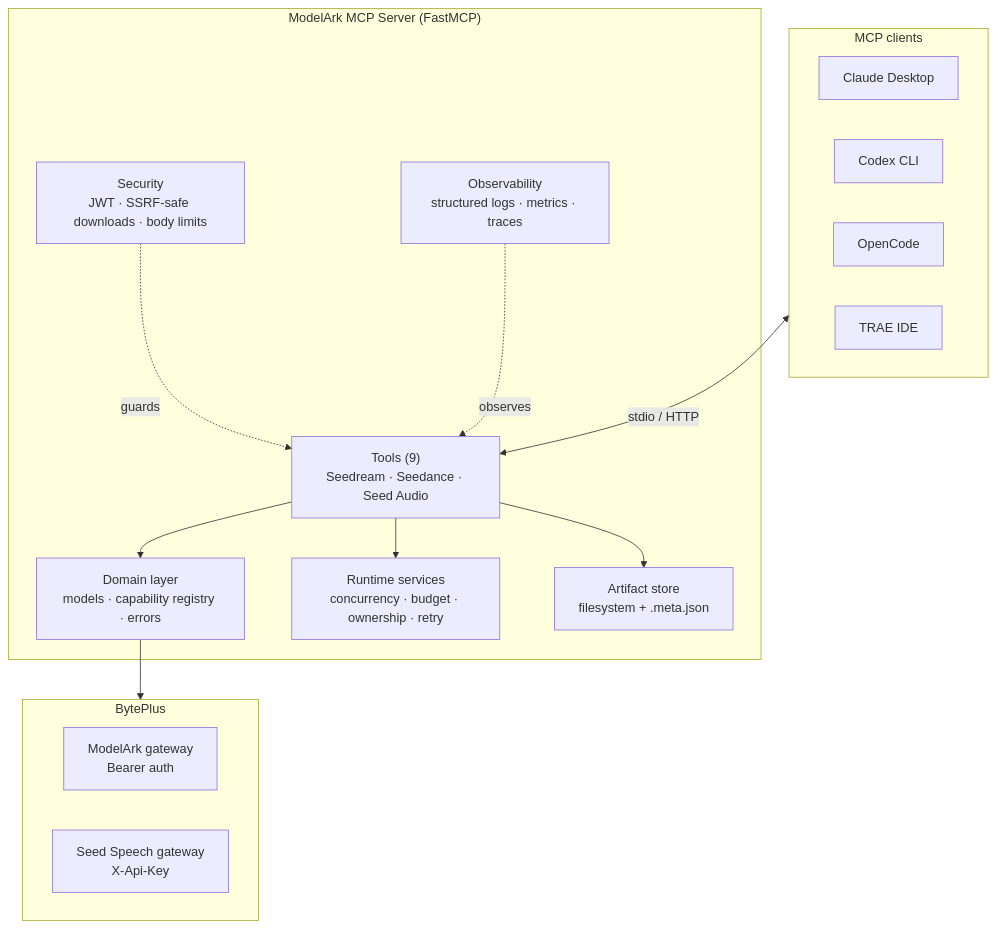
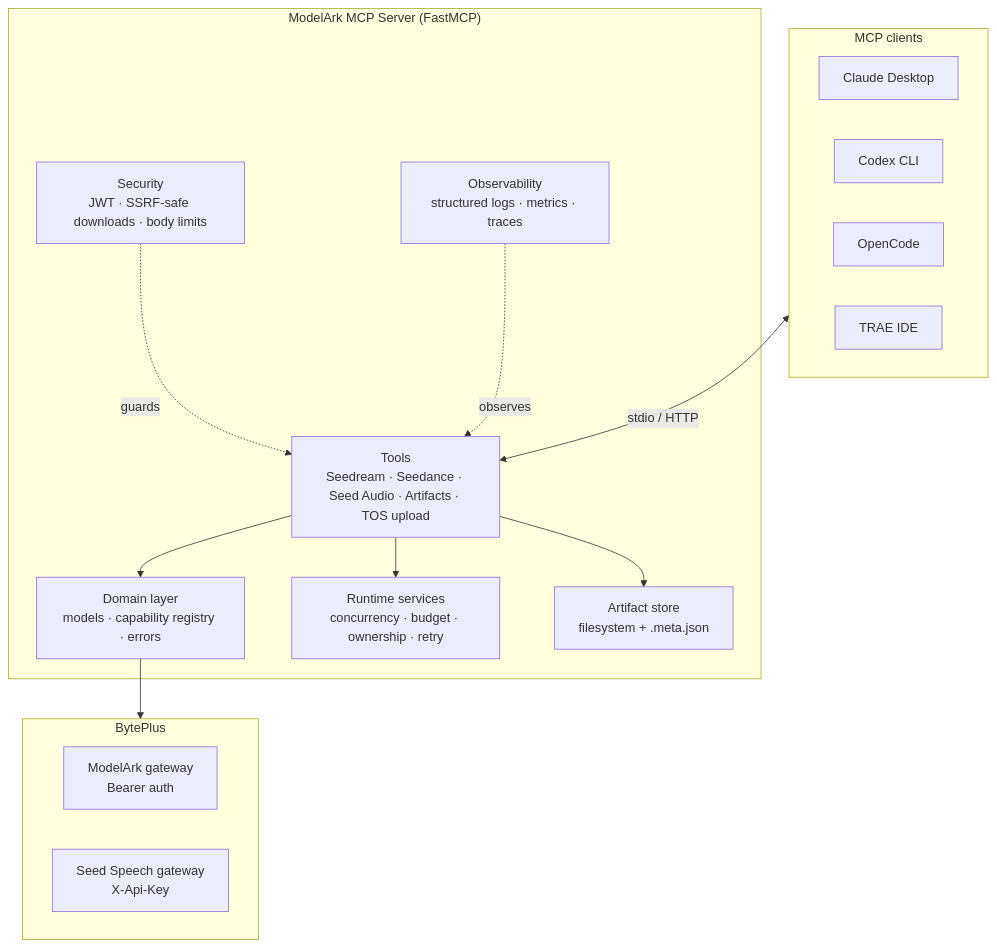
Before and after one commit to byteplus-sa/modelark-mcp: the first of 3 diagrams in README.md, drawn with Mermaid. The commit also changed other lines of this file and 5 other files, not shown here.

````diff
--- a/README.md
+++ b/README.md
@@ -79,28 +80,28 @@
 ```mermaid
 flowchart TB
   subgraph Client["MCP clients"]
     CD[Claude Desktop]
     CX[Codex CLI]
     OC[OpenCode]
     TR[TRAE IDE]
   end
   subgraph Server["ModelArk MCP Server (FastMCP)"]
-    Tools["Tools (9)<br/>Seedream · Seedance · Seed Audio"]
+    Tools["Tools<br/>Seedream · Seedance · Seed Audio · Artifacts · TOS upload"]
     Domain["Domain layer<br/>models · capability registry · errors"]
     Runtime["Runtime services<br/>concurrency · budget · ownership · retry"]
     Store["Artifact store<br/>filesystem + .meta.json"]
     Sec["Security<br/>JWT · SSRF-safe downloads · body limits"]
     Obs["Observability<br/>structured logs · metrics · traces"]
   end
   subgraph Providers["BytePlus"]
     MA["ModelArk gateway<br/>Bearer auth"]
     SS["Seed Speech gateway<br/>X-Api-Key"]
   end
   Client <-->|"stdio / HTTP"| Tools
   Tools --> Domain
   Tools --> Runtime
   Tools --> Store
   Domain --> Providers
   Sec -. guards .-> Tools
   Obs -. observes .-> Tools
 ```
````
